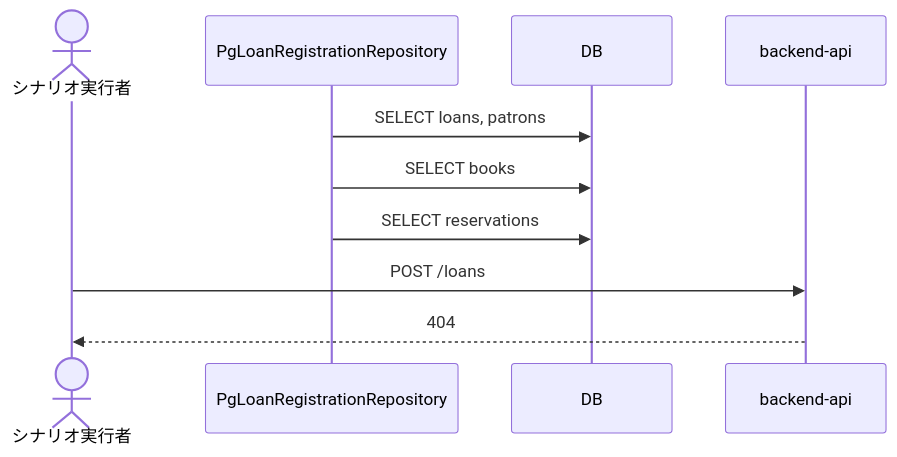
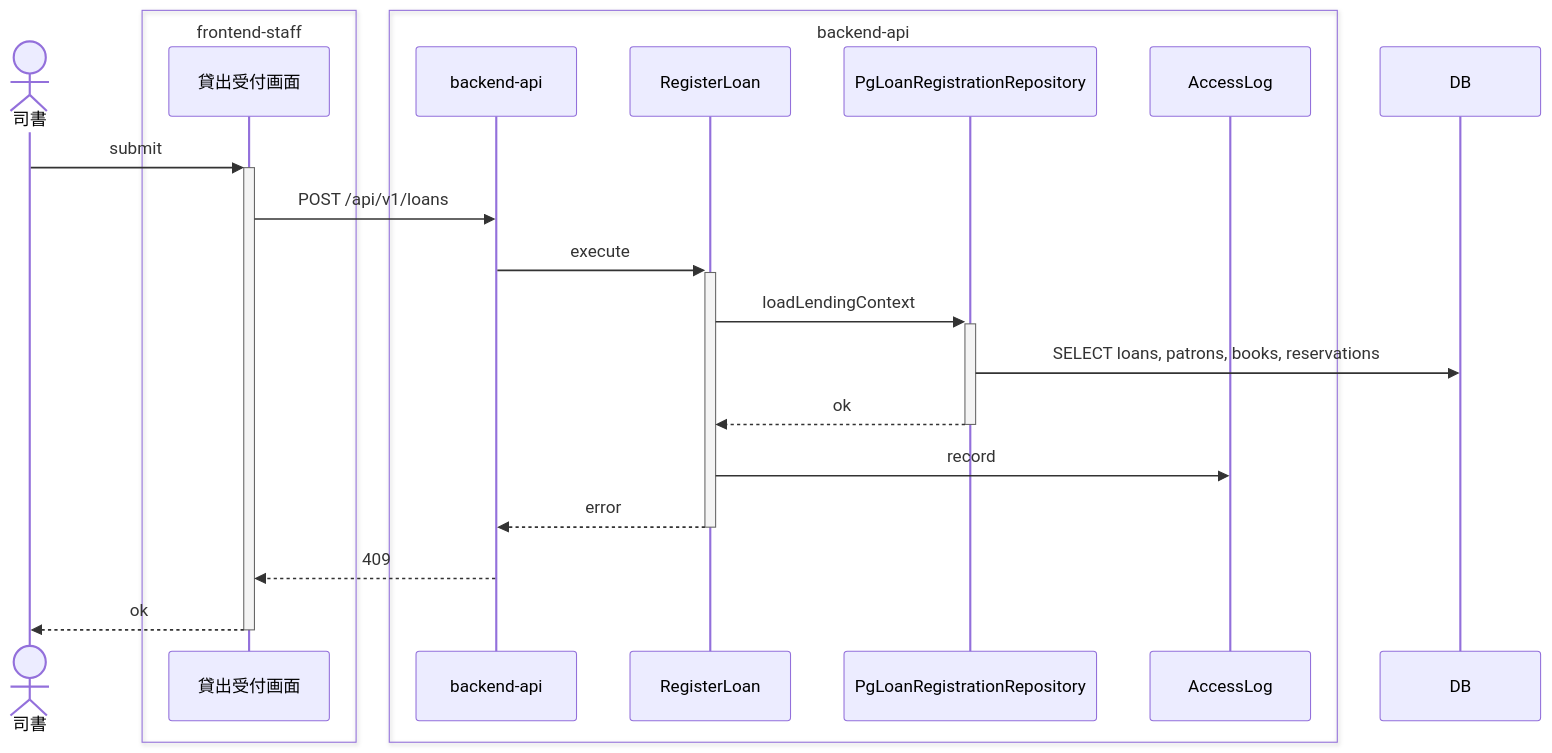
Before and after one commit to suwa-sh/suwa-sh-claude-plugins: the fourth of 9 diagrams in samples/distillery2/library-loan/docs/as-built/貸出業務/貸出を登録する/sequence.md, drawn with Mermaid. The commit also changed other lines of this file and 64 other files, not shown here.

First line of the commit message:
feat(distillery2): as-built を読者の順に組み替え、e2e シーケンス図とデータフロー図を追加 (0.1.5)

````diff
--- a/samples/distillery2/library-loan/docs/as-built/貸出業務/貸出を登録する/sequence.md
+++ b/samples/distillery2/library-loan/docs/as-built/貸出業務/貸出を登録する/sequence.md
@@ -58,12 +85,24 @@
 ```mermaid
 sequenceDiagram
-    actor p0________ as シナリオ実行者
-    participant p1_PgLoanRegistrationRepository as PgLoanRegistrationRepository
-    participant p2_DB as DB
-    participant p3_backend_api as backend-api
-    p1_PgLoanRegistrationRepository->>p2_DB: SELECT loans, patrons
-    p1_PgLoanRegistrationRepository->>p2_DB: SELECT books
-    p1_PgLoanRegistrationRepository->>p2_DB: SELECT reservations
-    p0________->>p3_backend_api: POST /loans
-    p3_backend_api-->>p0________: 404
+    actor p0 as 司書
+    box transparent frontend-staff
+        participant p1 as 貸出受付画面
+    end
+    box transparent backend-api
+        participant p2 as backend-api
+        participant p3 as RegisterLoan
+        participant p4 as PgLoanRegistrationRepository
+        participant p6 as AccessLog
+    end
+    participant p5 as DB
+    p0->>+p1: submit
+    p1->>p2: POST /api/v1/loans
+    p2->>+p3: execute
+    p3->>+p4: loadLendingContext
+    p4->>p5: SELECT loans, patrons, books, reservations
+    p4-->>-p3: ok
+    p3->>p6: record
+    p3-->>-p2: error
+    p2-->>p1: 409
+    p1-->>-p0: ok
 ```
````
